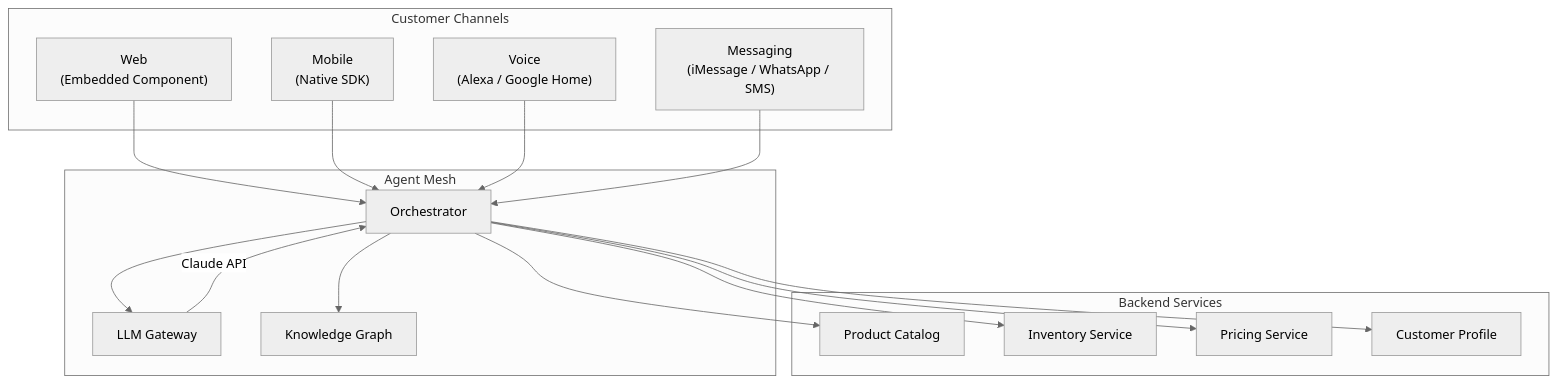
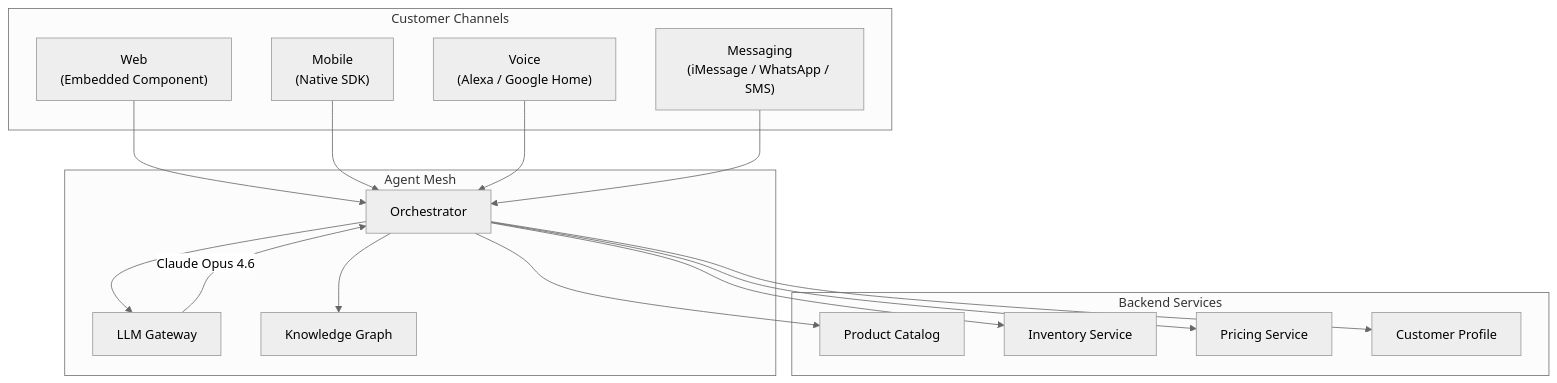
The first of 4 diagrams in docs/ai/customer-ai.md (bcraavi/godseye), drawn with Mermaid (neutral theme) before and after one commit. The commit also changed other lines of this file and 4 other files, not shown here.

````diff
--- a/docs/ai/customer-ai.md
+++ b/docs/ai/customer-ai.md
@@ -28,37 +28,37 @@
 ```mermaid
 graph TB
     subgraph Channels["Customer Channels"]
         WEB["Web\n(Embedded Component)"]
         MOB["Mobile\n(Native SDK)"]
         VOICE["Voice\n(Alexa / Google Home)"]
         MSG["Messaging\n(iMessage / WhatsApp / SMS)"]
     end
 
     subgraph Mesh["Agent Mesh"]
         ORCH["Orchestrator"]
         LLM["LLM Gateway"]
         KG["Knowledge Graph"]
     end
 
     subgraph Backend["Backend Services"]
         CATALOG["Product Catalog"]
         INV["Inventory Service"]
         PRICE["Pricing Service"]
         PROFILE["Customer Profile"]
     end
 
     WEB --> ORCH
     MOB --> ORCH
     VOICE --> ORCH
     MSG --> ORCH
 
     ORCH --> LLM
     ORCH --> KG
 
     ORCH --> CATALOG
     ORCH --> INV
     ORCH --> PRICE
     ORCH --> PROFILE
 
-    LLM -->|"Claude API"| ORCH
+    LLM -->|"Claude Opus 4.6"| ORCH
 ```
````
